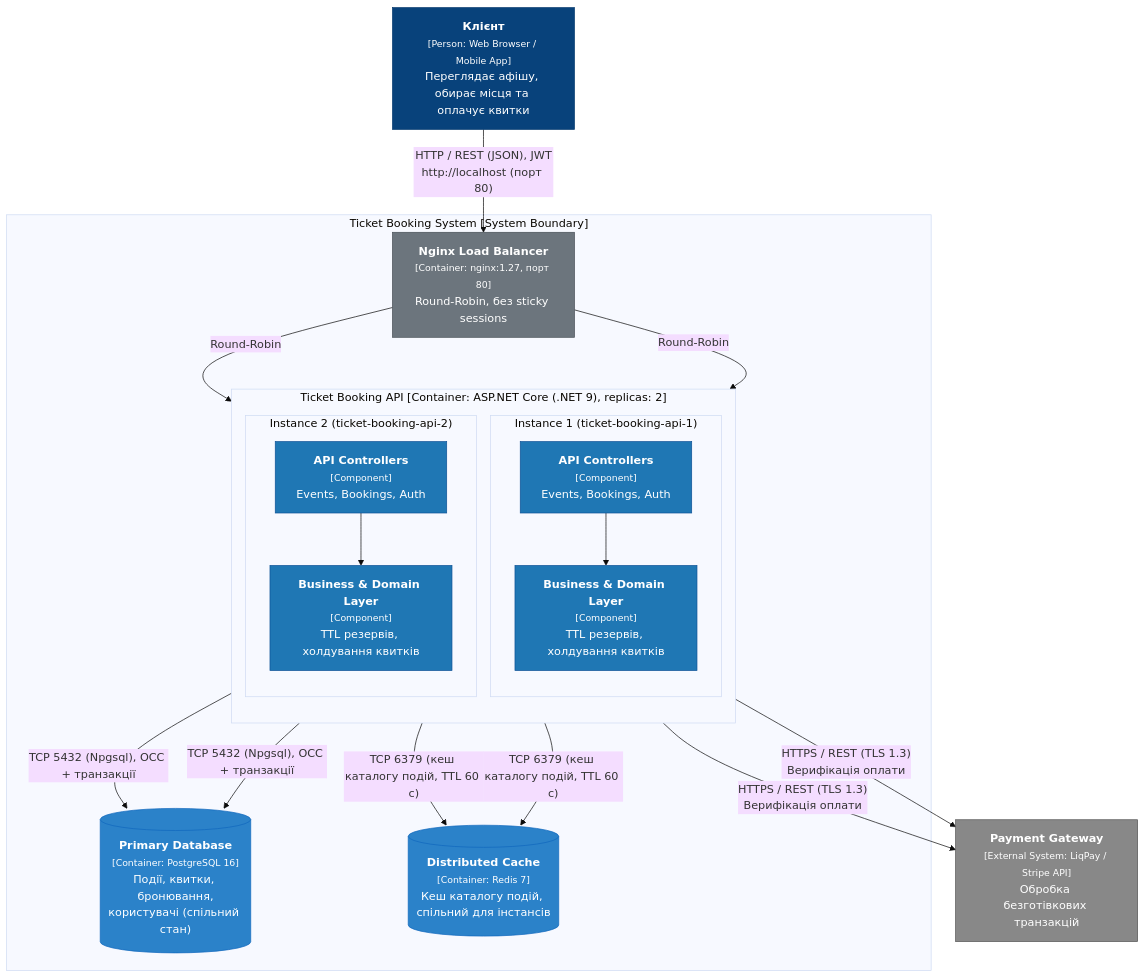
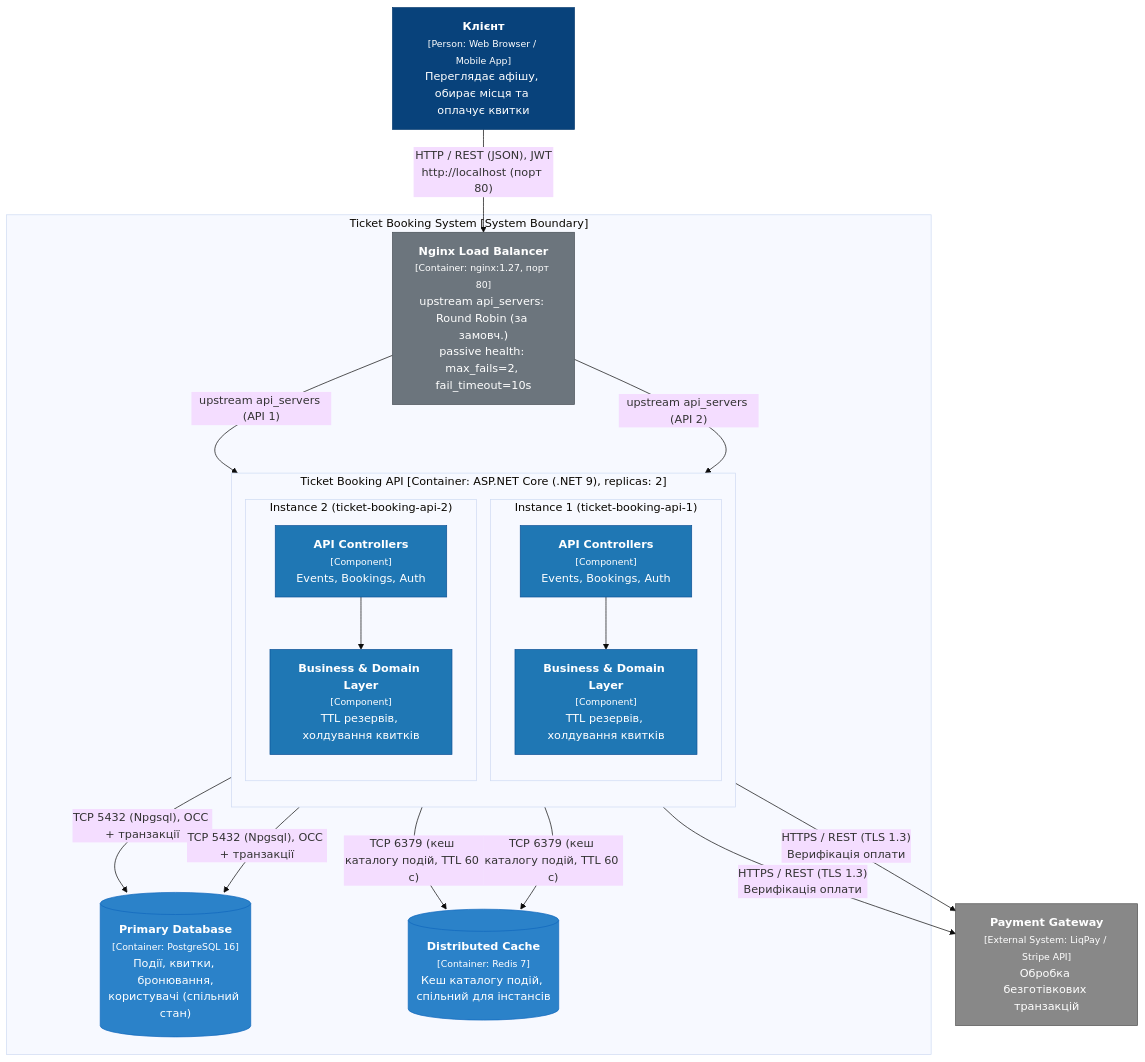
The second of 3 diagrams in README.md (katushhiaa/ticket-booking-platform), drawn with Mermaid (base theme) before and after one commit. The commit also changed other lines of this file and 33 other files, not shown here.

````diff
--- a/README.md
+++ b/README.md
@@ -149,46 +150,46 @@
 ```mermaid
 flowchart TB
     classDef person fill:#08427b,stroke:#073b6f,color:#fff;
     classDef container fill:#1168bd,stroke:#0e5296,color:#fff;
     classDef component fill:#1f77b4,stroke:#0e5296,color:#fff;
     classDef db fill:#2b82c9,stroke:#1168bd,color:#fff;
     classDef infra fill:#6c757d,stroke:#495057,color:#fff;
     classDef ext fill:#888888,stroke:#555555,color:#fff;
 
     Customer["<b>Клієнт</b><br/><small>[Person: Web Browser / Mobile App]</small><br/>Переглядає афішу, обирає місця та оплачує квитки"]:::person
 
     subgraph SystemBoundary ["Ticket Booking System [System Boundary]"]
 
-        Nginx["<b>Nginx Load Balancer</b><br/><small>[Container: nginx:1.27, порт 80]</small><br/>Round-Robin, без sticky sessions"]:::infra
+        Nginx["<b>Nginx Load Balancer</b><br/><small>[Container: nginx:1.27, порт 80]</small><br/>upstream api_servers: Round Robin (за замовч.)<br/>passive health: max_fails=2, fail_timeout=10s"]:::infra
 
         subgraph ApiCluster ["Ticket Booking API [Container: ASP.NET Core (.NET 9), replicas: 2]"]
             direction TB
             subgraph Node1 ["Instance 1 (ticket-booking-api-1)"]
                 Ctrl1["<b>API Controllers</b><br/><small>[Component]</small><br/>Events, Bookings, Auth"]:::component
                 Svc1["<b>Business & Domain Layer</b><br/><small>[Component]</small><br/>TTL резервів, холдування квитків"]:::component
             end
             subgraph Node2 ["Instance 2 (ticket-booking-api-2)"]
                 Ctrl2["<b>API Controllers</b><br/><small>[Component]</small><br/>Events, Bookings, Auth"]:::component
                 Svc2["<b>Business & Domain Layer</b><br/><small>[Component]</small><br/>TTL резервів, холдування квитків"]:::component
             end
         end
 
         Db[("<b>Primary Database</b><br/><small>[Container: PostgreSQL 16]</small><br/>Події, квитки, бронювання,<br/>користувачі (спільний стан)")]:::db
         Redis[("<b>Distributed Cache</b><br/><small>[Container: Redis 7]</small><br/>Кеш каталогу подій, спільний для інстансів")]:::db
 
     end
 
     PaymentGateway["<b>Payment Gateway</b><br/><small>[External System: LiqPay / Stripe API]</small><br/>Обробка безготівкових транзакцій"]:::ext
 
     Customer -->|"HTTP / REST (JSON), JWT<br/>http://localhost (порт 80)"| Nginx
-    Nginx -->|"Round-Robin"| Ctrl1
-    Nginx -->|"Round-Robin"| Ctrl2
+    Nginx -->|"upstream api_servers (API 1)"| Ctrl1
+    Nginx -->|"upstream api_servers (API 2)"| Ctrl2
     Ctrl1 --> Svc1
     Ctrl2 --> Svc2
     Svc1 -->|"TCP 5432 (Npgsql), OCC + транзакції"| Db
     Svc2 -->|"TCP 5432 (Npgsql), OCC + транзакції"| Db
     Svc1 -->|"TCP 6379 (кеш каталогу подій, TTL 60 с)"| Redis
     Svc2 -->|"TCP 6379 (кеш каталогу подій, TTL 60 с)"| Redis
     Svc1 -->|"HTTPS / REST (TLS 1.3)<br/>Верифікація оплати"| PaymentGateway
     Svc2 -->|"HTTPS / REST (TLS 1.3)<br/>Верифікація оплати"| PaymentGateway
 ```
````
